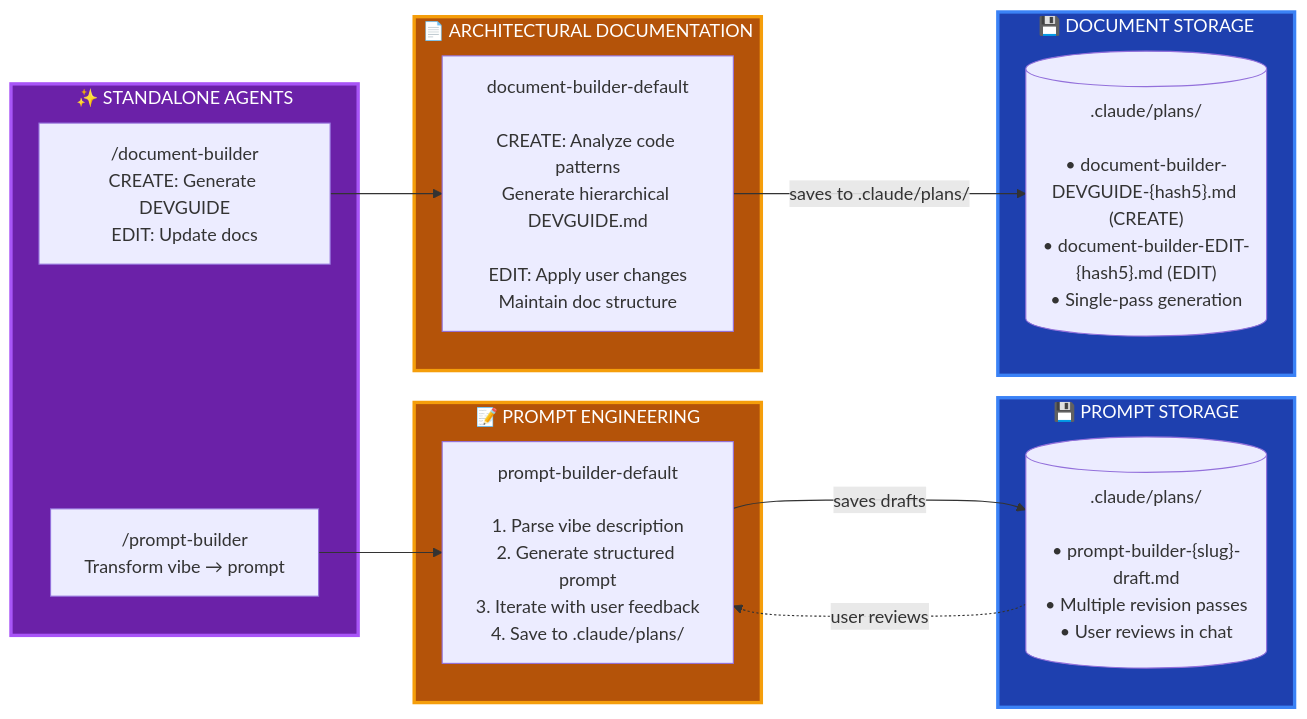
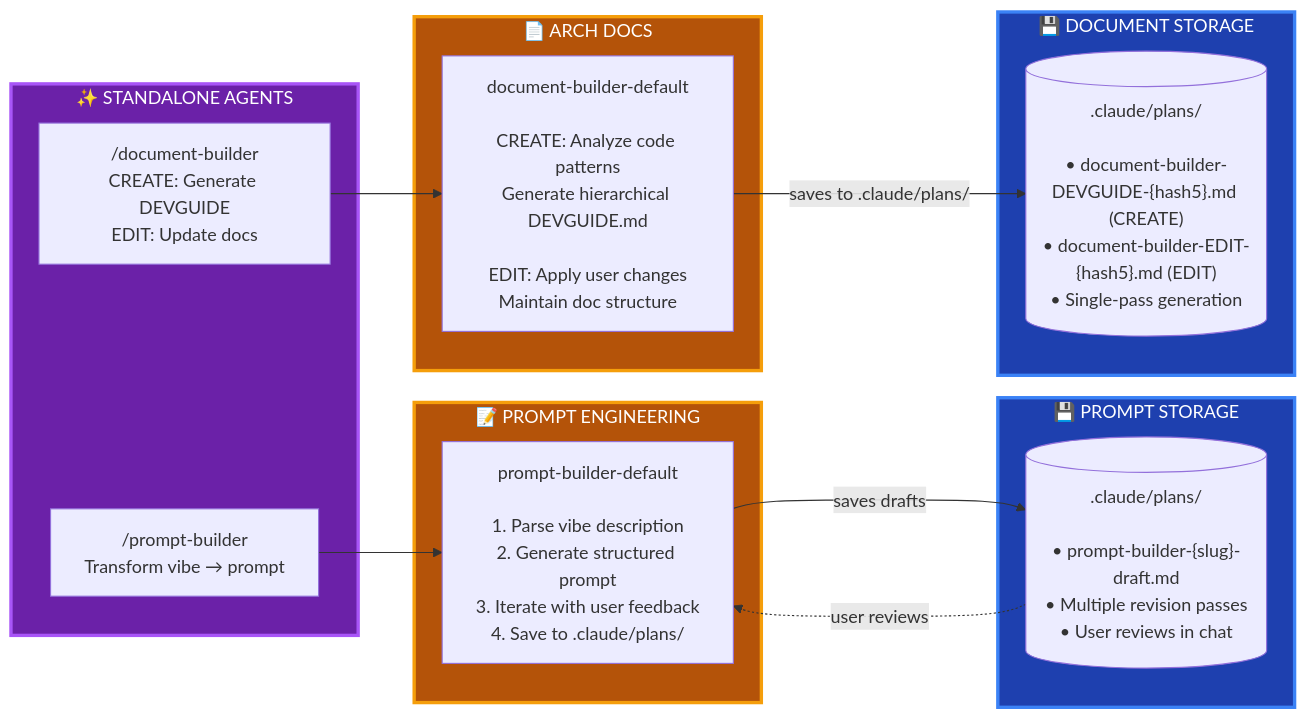
One commit to GantisStorm/essentials-claude-code changed the second of 2 diagrams in README.md. Above: the diagram before and after it, drawn with Mermaid.

Commit message:
Shorten diagram header to 'ARCH DOCS' to prevent text cutoff
Changed 'ARCHITECTURAL DOCUMENTATION' to 'ARCH DOCS' to give more room for content display.

🤖 Generated with [Claude Code](https://claude.com/claude-code)

````diff
--- a/README.md
+++ b/README.md
@@ -85,36 +85,36 @@
 ```mermaid
 flowchart LR
     subgraph standalone["✨ STANDALONE AGENTS"]
         prompt_cmd["/prompt-builder<br/>Transform vibe → prompt"]
         doc_cmd["/document-builder<br/>CREATE: Generate DEVGUIDE<br/>EDIT: Update docs"]
     end
 
     subgraph prompt_work["📝 PROMPT ENGINEERING"]
         prompt_agent["prompt-builder-default<br/><br/>1. Parse vibe description<br/>2. Generate structured prompt<br/>3. Iterate with user feedback<br/>4. Save to .claude/plans/"]
     end
 
-    subgraph doc_work["📄 ARCHITECTURAL DOCUMENTATION<br/><br/>&nbsp;"]
+    subgraph doc_work["📄 ARCH DOCS"]
         doc_agent["document-builder-default<br/><br/>CREATE: Analyze code patterns<br/>Generate hierarchical DEVGUIDE.md<br/><br/>EDIT: Apply user changes<br/>Maintain doc structure"]
     end
 
     subgraph prompt_storage["💾 PROMPT STORAGE"]
         prompt_files[(".claude/plans/<br/><br/>• prompt-builder-{slug}-draft.md<br/>• Multiple revision passes<br/>• User reviews in chat")]
     end
 
     subgraph doc_storage["💾 DOCUMENT STORAGE"]
         doc_files[(".claude/plans/<br/><br/>• document-builder-DEVGUIDE-{hash5}.md (CREATE)<br/>• document-builder-EDIT-{hash5}.md (EDIT)<br/>• Single-pass generation")]
     end
 
     prompt_cmd --> prompt_agent
     prompt_agent -->|"saves drafts"| prompt_files
     prompt_files -.->|"user reviews"| prompt_agent
 
     doc_cmd --> doc_agent
     doc_agent -->|"saves to .claude/plans/"| doc_files
 
     style standalone fill:#6b21a8,stroke:#a855f7,stroke-width:3px,color:#fff
     style prompt_work fill:#b45309,stroke:#f59e0b,stroke-width:3px,color:#fff
     style prompt_storage fill:#1e40af,stroke:#3b82f6,stroke-width:3px,color:#fff
     style doc_work fill:#b45309,stroke:#f59e0b,stroke-width:3px,color:#fff
     style doc_storage fill:#1e40af,stroke:#3b82f6,stroke-width:3px,color:#fff
 ```
````
